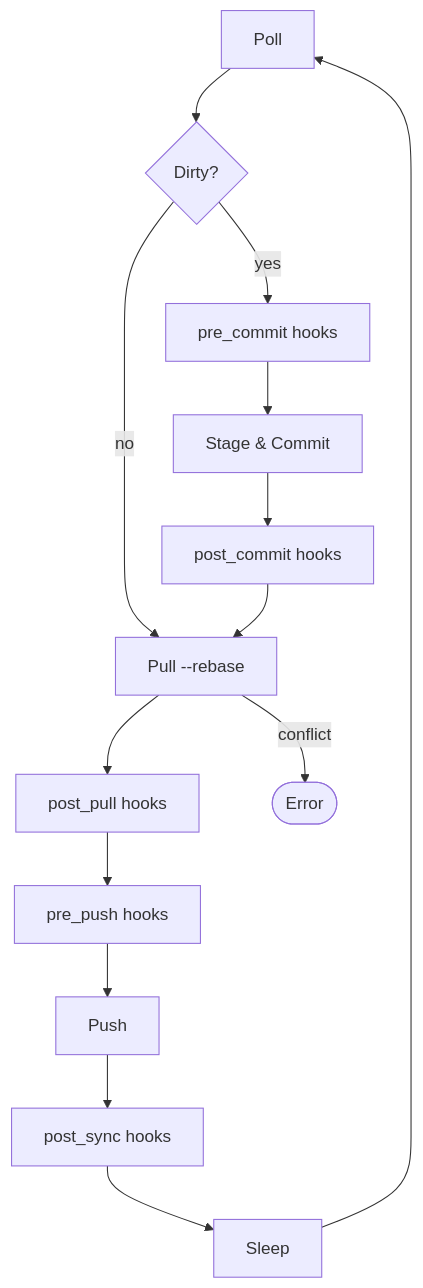
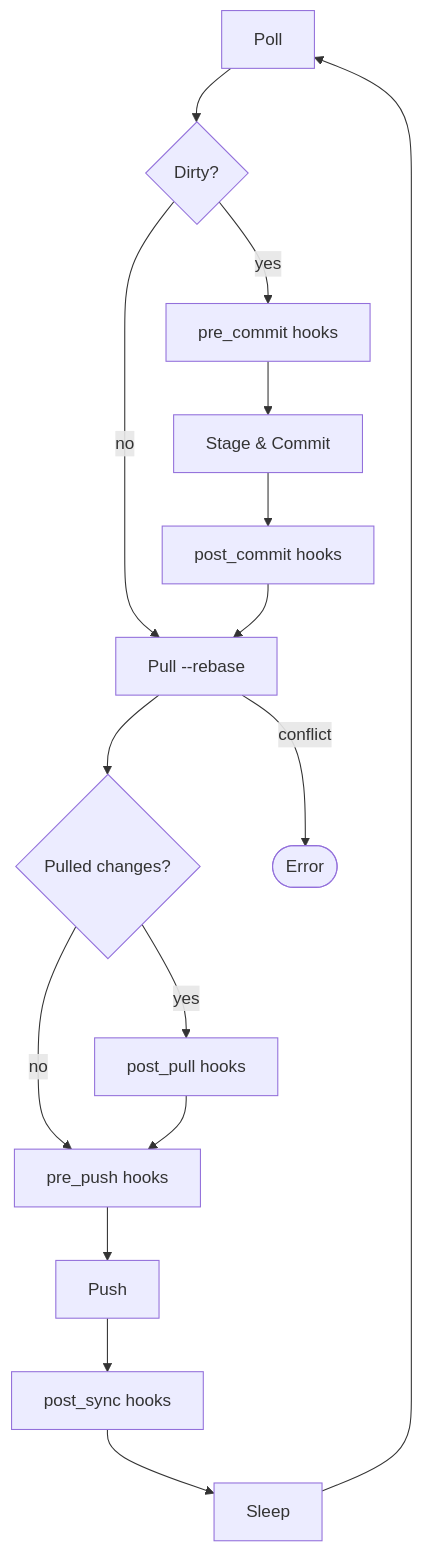
The first of 2 diagrams in README.md (michaelquigley/sexton), drawn with Mermaid before and after one commit. The commit also changed other lines of this file and 5 other files, not shown here.

Commit message:
only run 'post_pull' hook when 'git pull' actually changes the repo state

````diff
--- a/README.md
+++ b/README.md
@@ -13,16 +13,18 @@
 ```mermaid
 flowchart TD
     poll[Poll] --> dirty{Dirty?}
     dirty -- no --> pull
     dirty -- yes --> pre_commit[pre_commit hooks]
     pre_commit --> commit[Stage & Commit]
     commit --> post_commit[post_commit hooks]
     post_commit --> pull[Pull --rebase]
-    pull --> post_pull[post_pull hooks]
+    pull --> pulled{Pulled changes?}
+    pulled -- yes --> post_pull[post_pull hooks]
+    pulled -- no --> pre_push[pre_push hooks]
     post_pull --> pre_push[pre_push hooks]
     pre_push --> push[Push]
     push --> post_sync[post_sync hooks]
     post_sync --> sleep[Sleep]
     sleep --> poll
     pull -- conflict --> error([Error])
 ```
````
